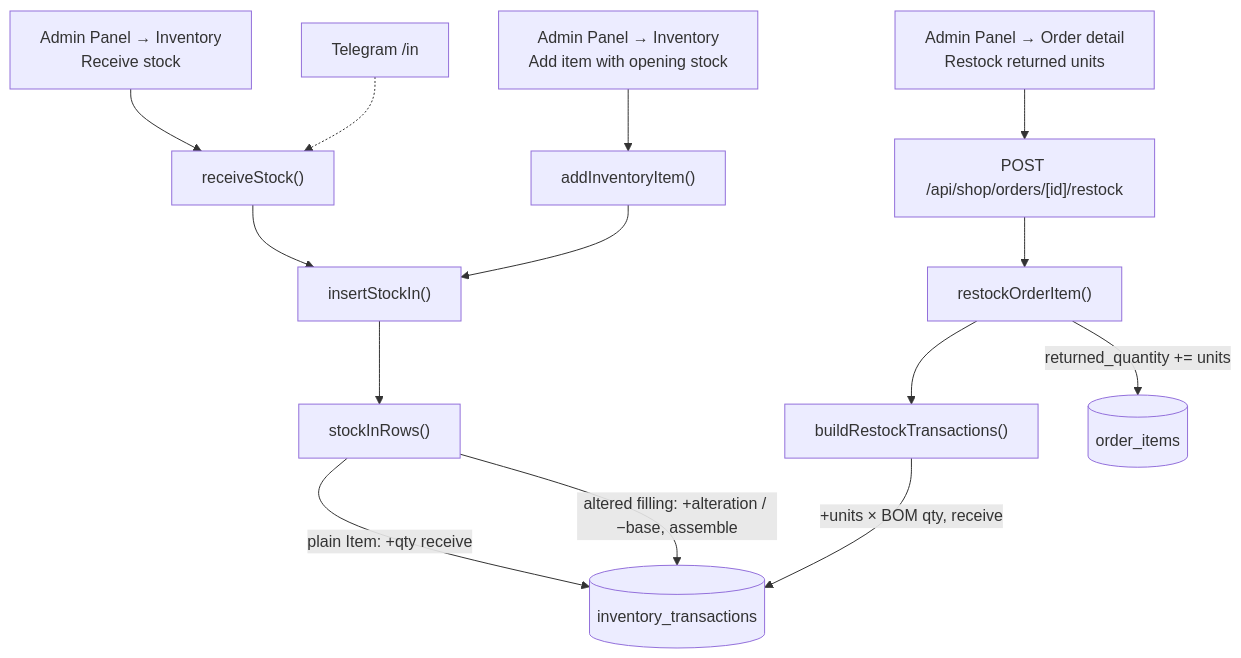
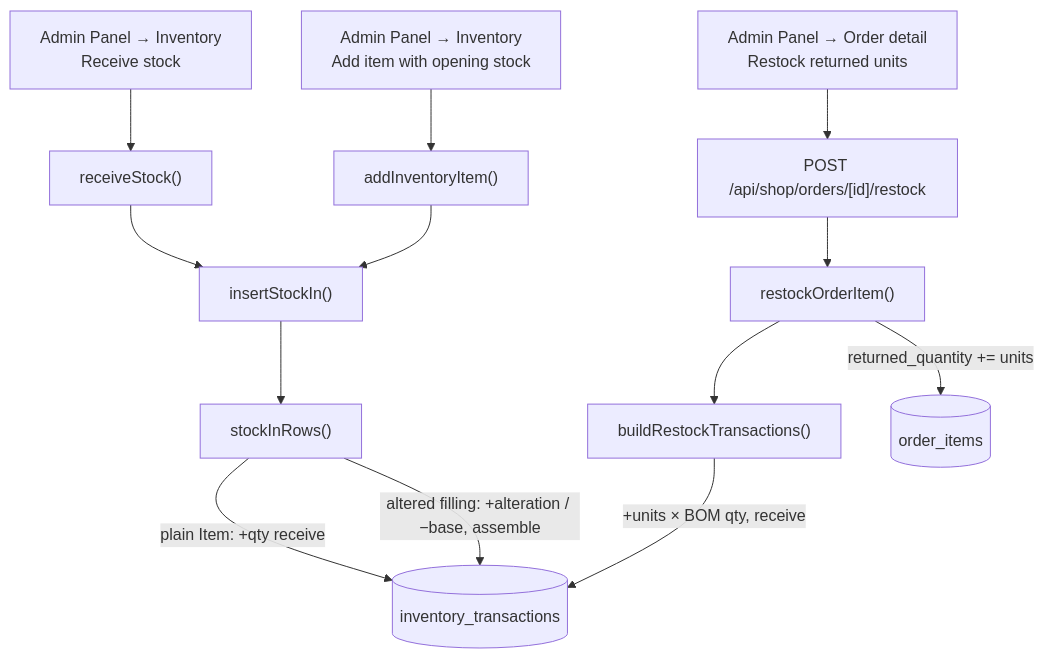
The second of 3 diagrams in docs/data-flows/inventory.md (ivanyeors/mp), drawn with Mermaid before and after one commit. The commit also changed other lines of this file and 18 other files, not shown here.

First line of the commit message:
Fix the four data-flow bugs found in #297

````diff
--- a/docs/data-flows/inventory.md
+++ b/docs/data-flows/inventory.md
@@ -97,15 +97,14 @@
 ```mermaid
 flowchart TD
   recv["Admin Panel → Inventory<br/>Receive stock"] --> rs["receiveStock()"]
   add["Admin Panel → Inventory<br/>Add item with opening stock"] --> aii["addInventoryItem()"]
-  tg["Telegram /in"] -.-> rs
   rs --> isi["insertStockIn()"]
   aii --> isi
   isi --> sir["stockInRows()"]
   sir -->|"plain Item: +qty receive"| tx[(inventory_transactions)]
   sir -->|"altered filling: +alteration / −base, assemble"| tx
   ret["Admin Panel → Order detail<br/>Restock returned units"] --> rapi["POST /api/shop/orders/[id]/restock"]
   rapi --> roi["restockOrderItem()"] --> brt["buildRestockTransactions()"]
   brt -->|"+units × BOM qty, receive"| tx
   roi -->|"returned_quantity += units"| oi[(order_items)]
 ```
````
